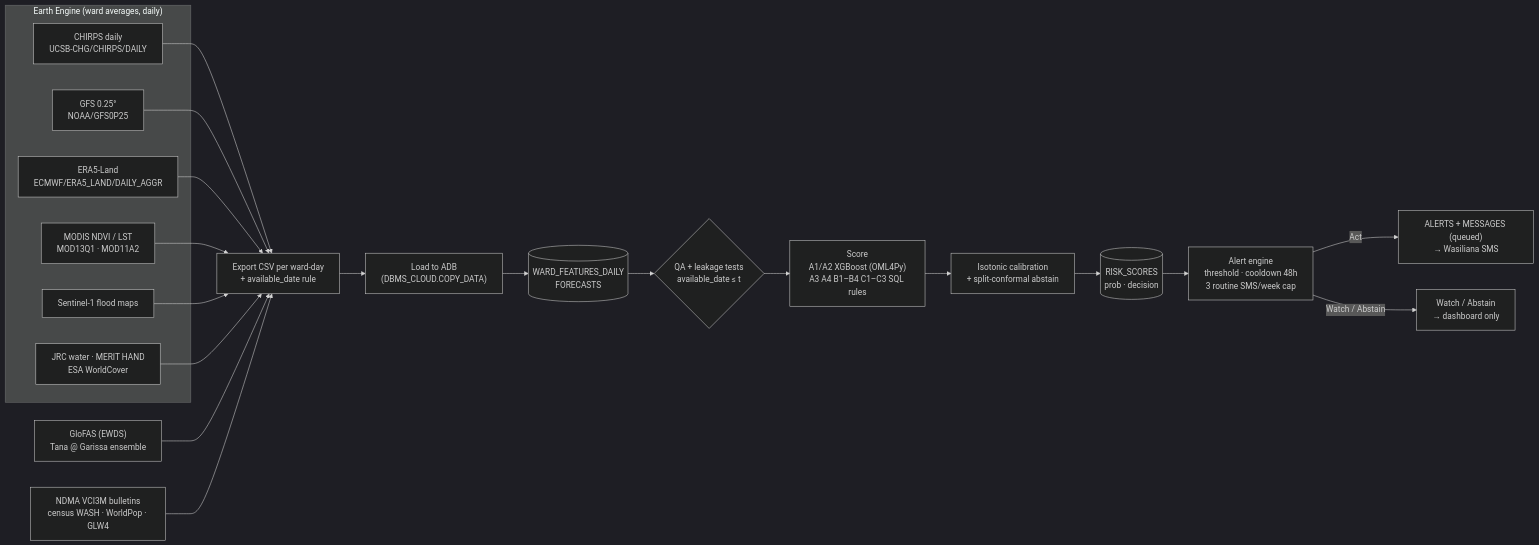
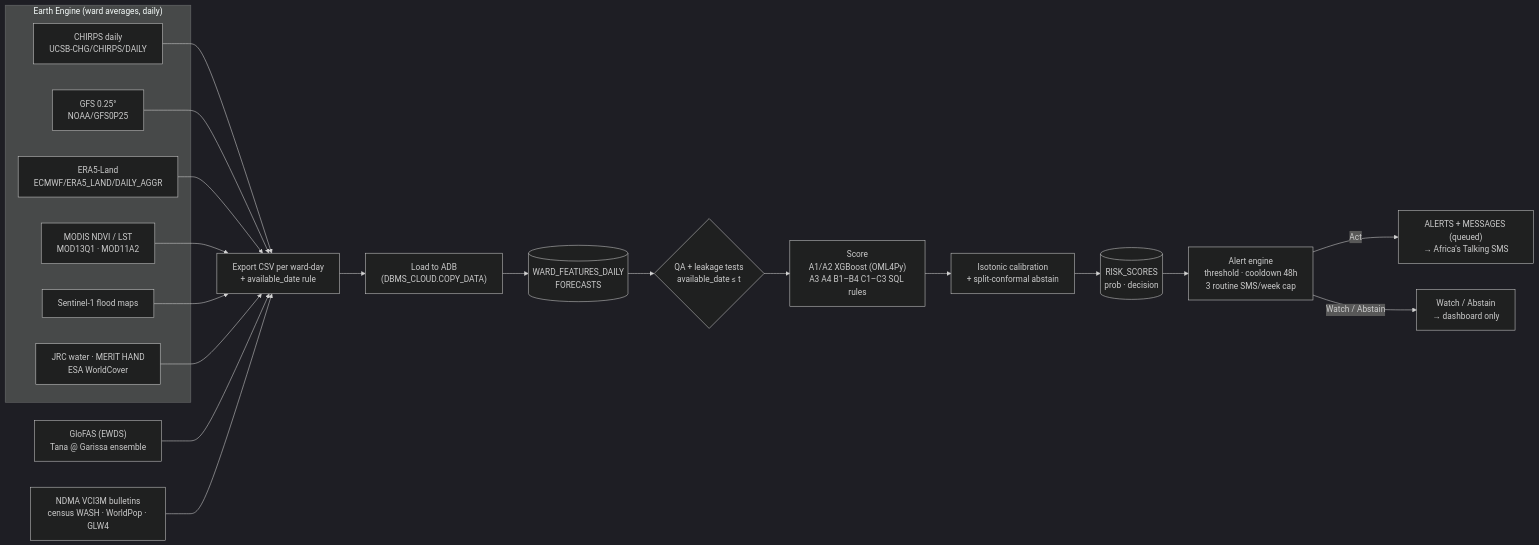
Before and after one commit to ChristopherKiokoStrathmore/DrainSense-Global: the third of 8 diagrams in docs/ARCHITECTURE.md, drawn with Mermaid (dark theme). The commit also changed other lines of this file and 24 other files, not shown here.

````diff
--- a/docs/ARCHITECTURE.md
+++ b/docs/ARCHITECTURE.md
@@ -127,31 +130,31 @@
 ```mermaid
 flowchart LR
   subgraph GEE["Earth Engine (ward averages, daily)"]
     C["CHIRPS daily<br/>UCSB-CHG/CHIRPS/DAILY"]
     G["GFS 0.25°<br/>NOAA/GFS0P25"]
     E["ERA5-Land<br/>ECMWF/ERA5_LAND/DAILY_AGGR"]
     M["MODIS NDVI / LST<br/>MOD13Q1 · MOD11A2"]
     S["Sentinel-1 flood maps"]
     J["JRC water · MERIT HAND<br/>ESA WorldCover"]
   end
   GL["GloFAS (EWDS)<br/>Tana @ Garissa ensemble"]
   ND["NDMA VCI3M bulletins<br/>census WASH · WorldPop · GLW4"]
 
   EXP["Export CSV per ward-day<br/>+ available_date rule"]
   LOAD["Load to ADB<br/>(DBMS_CLOUD.COPY_DATA)"]
   F[("WARD_FEATURES_DAILY<br/>FORECASTS")]
   QA{"QA + leakage tests<br/>available_date ≤ t"}
   SC["Score<br/>A1/A2 XGBoost (OML4Py)<br/>A3 A4 B1–B4 C1–C3 SQL rules"]
   CAL["Isotonic calibration<br/>+ split-conformal abstain"]
   R[("RISK_SCORES<br/>prob · decision")]
   ENG["Alert engine<br/>threshold · cooldown 48h<br/>3 routine SMS/week cap"]
-  OUT["ALERTS + MESSAGES (queued)<br/>→ Wasiliana SMS"]
+  OUT["ALERTS + MESSAGES (queued)<br/>→ Africa's Talking SMS"]
   W["Watch / Abstain<br/>→ dashboard only"]
 
   C & G & E & M & S & J --> EXP
   GL --> EXP
   ND --> EXP
   EXP --> LOAD --> F --> QA --> SC --> CAL --> R --> ENG
   ENG -- "Act" --> OUT
   ENG -- "Watch / Abstain" --> W
 ```
````
